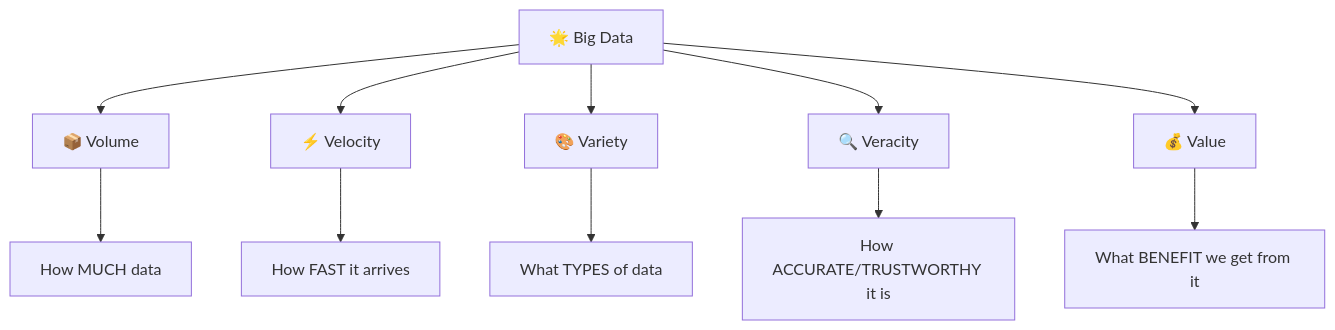
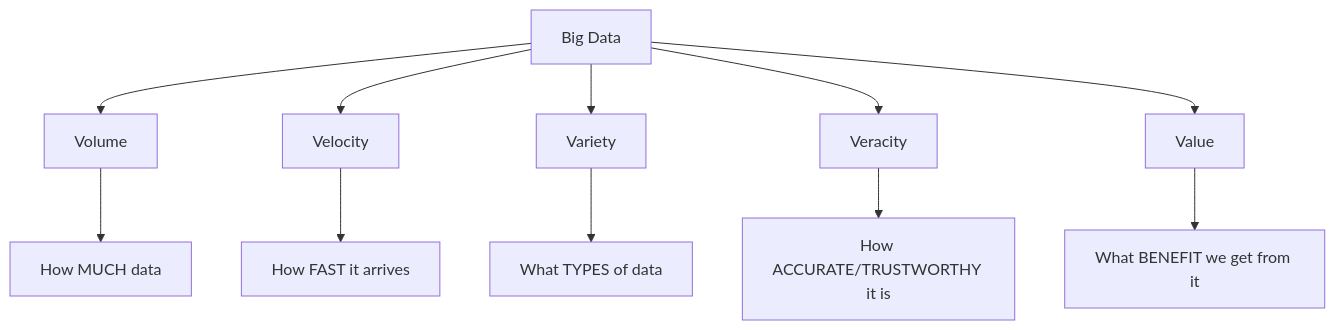
One commit to NK2552003/Big-Data-Survival-Guide changed the first of 9 diagrams in UNITS/UNIT 1/unit-1-english-fun.md. Above: the diagram before and after it, drawn with Mermaid. The commit also changed other lines of this file and 78 other files, not shown here.

````diff
--- a/UNITS/UNIT 1/unit-1-english-fun.md
+++ b/UNITS/UNIT 1/unit-1-english-fun.md
@@ -85,13 +85,13 @@
 ```mermaid
 graph TD
-    BD[🌟 Big Data] --> V1[📦 Volume]
-    BD --> V2[⚡ Velocity]
-    BD --> V3[🎨 Variety]
-    BD --> V4[🔍 Veracity]
-    BD --> V5[💰 Value]
-    V1 --> V1D["How MUCH data"]
-    V2 --> V2D["How FAST it arrives"]
-    V3 --> V3D["What TYPES of data"]
-    V4 --> V4D["How ACCURATE/TRUSTWORTHY it is"]
-    V5 --> V5D["What BENEFIT we get from it"]
+ BD[ Big Data] --> V1[ Volume]
+ BD --> V2[ Velocity]
+ BD --> V3[ Variety]
+ BD --> V4[ Veracity]
+ BD --> V5[ Value]
+ V1 --> V1D["How MUCH data"]
+ V2 --> V2D["How FAST it arrives"]
+ V3 --> V3D["What TYPES of data"]
+ V4 --> V4D["How ACCURATE/TRUSTWORTHY it is"]
+ V5 --> V5D["What BENEFIT we get from it"]
 ```
````
